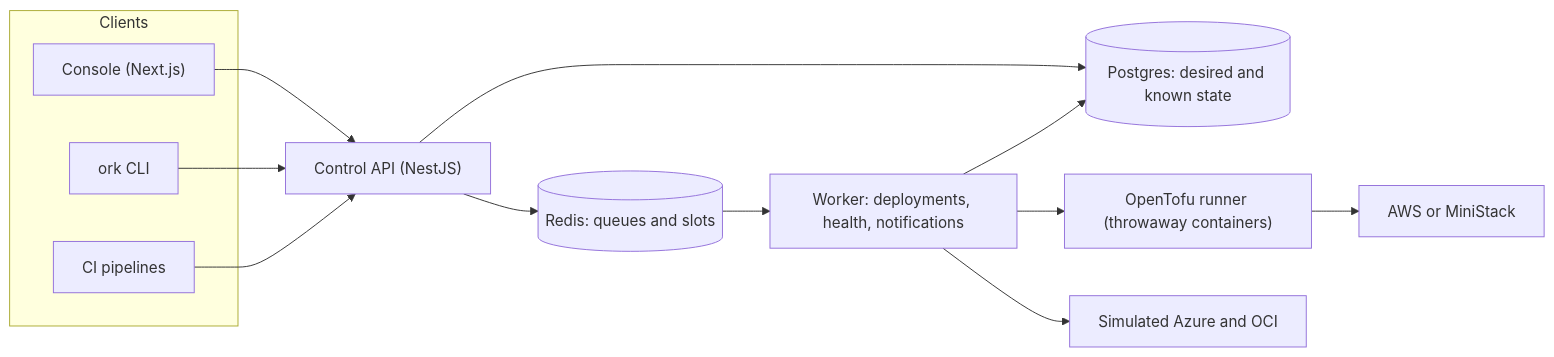
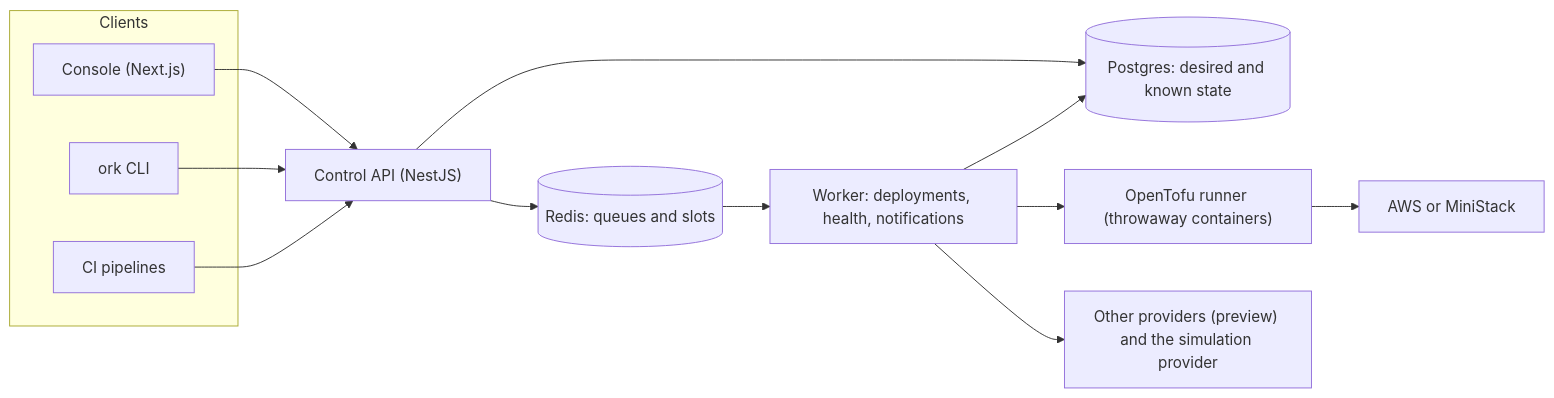
Before and after one commit to orkstage/orkstage: the diagram in README.md, drawn with Mermaid. The commit also changed other lines of this file and 3 other files, not shown here.

Commit message:
docs: accurate provider status; ROADMAP points to the plans in orkstage-dev

````diff
--- a/README.md
+++ b/README.md
@@ -64,18 +65,18 @@
 ```mermaid
 flowchart LR
   subgraph clients["Clients"]
     console["Console (Next.js)"]
     cli["ork CLI"]
     ci["CI pipelines"]
   end
   console --> api["Control API (NestJS)"]
   cli --> api
   ci --> api
   api --> pg[("Postgres: desired and known state")]
   api --> redis[("Redis: queues and slots")]
   redis --> worker["Worker: deployments, health, notifications"]
   worker --> pg
   worker --> runner["OpenTofu runner (throwaway containers)"]
   runner --> aws["AWS or MiniStack"]
-  worker --> sim["Simulated Azure and OCI"]
+  worker --> others["Other providers (preview) and the simulation provider"]
 ```
````
